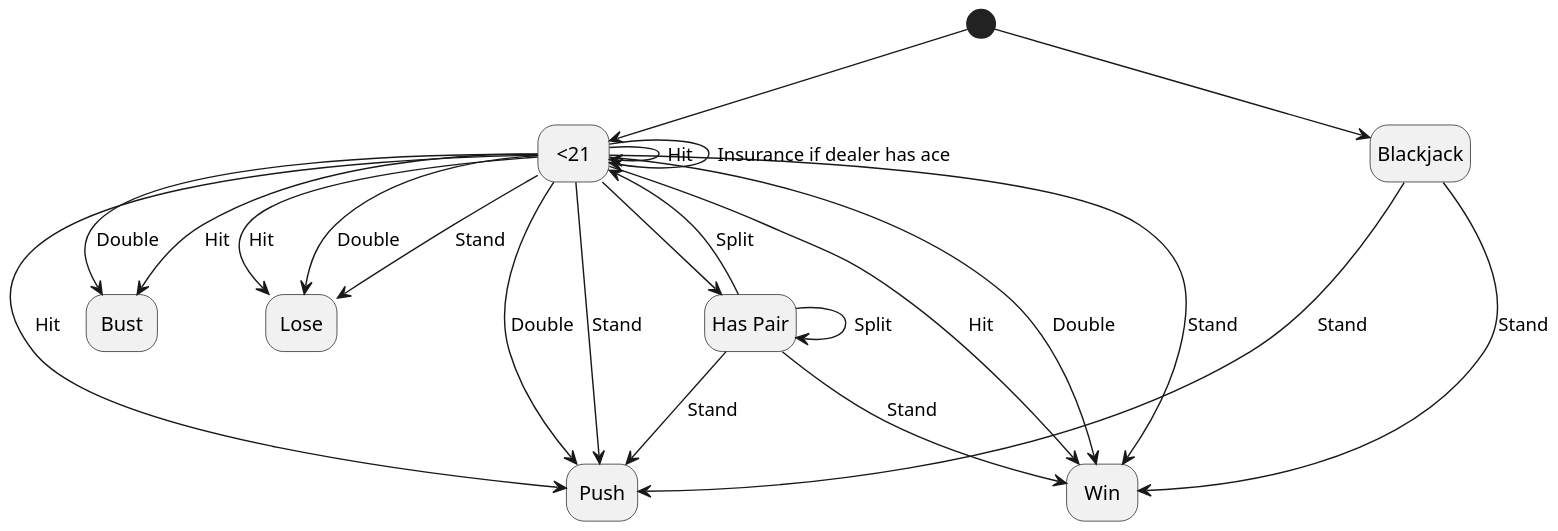
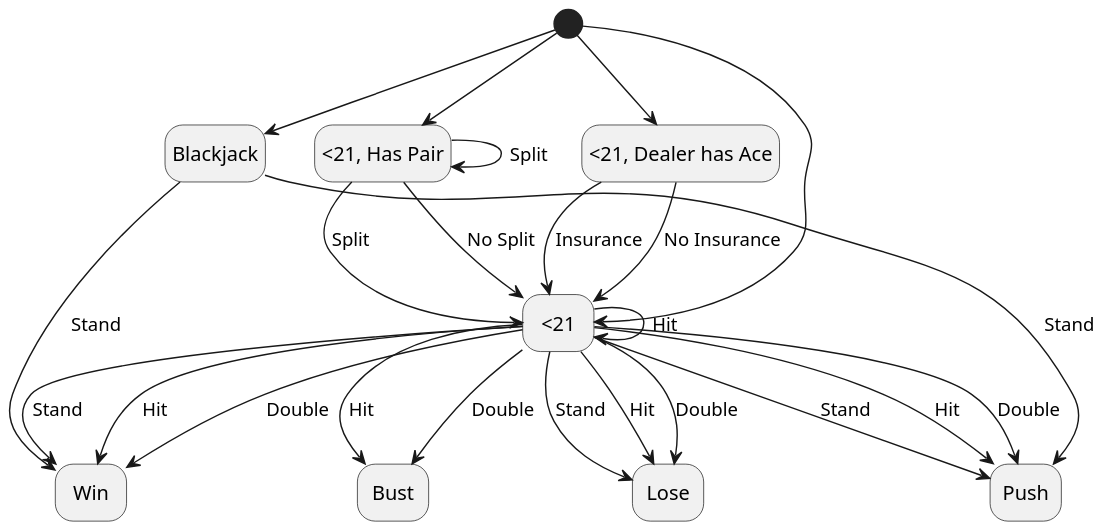
One commit to Horizon-42/black_jack changed the diagram in MDPGraph.wsd. Above: the diagram before and after it, drawn with PlantUML.

Commit message:
Add states for "Has Pair" and "Dealer has Ace" to Blackjack MDP diagram

```diff
--- a/MDPGraph.wsd
+++ b/MDPGraph.wsd
@@ -1,45 +1,47 @@
 @startuml BlackjackMDP
 scale 1.5
 
 hide empty description
 
 state "Blackjack" as S_blackjack
 state "<21" as S_normal
+state "<21, Has Pair" as S_pair
+state "<21, Dealer has Ace" as S_insurance
 state "Bust" as S_bust
 state "Win" as S_win
 state "Lose" as S_lose
 state "Push" as S_push
-state "Has Pair" as S_pair
 
 
 ' 定义动作 (可选，如果只是作为标签可以不定义为 action)
 ' action "Hit" as Action_Hit ' 如果 Action_Hit 只是一个标签，可以不定义为 action
 [*] --> S_normal
 [*] --> S_blackjack
+[*] --> S_pair
+[*] --> S_insurance
 S_normal --> S_win : Stand
 S_normal --> S_lose : Stand
 S_normal --> S_push : Stand
 S_normal --> S_bust : Hit
 S_normal --> S_normal : Hit
 S_normal --> S_win : Hit
 S_normal --> S_lose : Hit
 S_normal --> S_push : Hit
 ' Pair actions
-S_normal --> S_pair
 S_pair --> S_normal : Split
+S_pair --> S_normal : No Split
 S_pair --> S_pair : Split
-S_pair --> S_win : Stand 
-S_pair --> S_push : Stand
 ' Insurance actions
-S_normal --> S_normal : Insurance if dealer has ace
+S_insurance --> S_normal : Insurance
+S_insurance --> S_normal : No Insurance
 ' Double actions
 S_normal --> S_win : Double
 S_normal --> S_lose : Double
 S_normal --> S_push : Double
 S_normal --> S_bust : Double
 
 S_blackjack --> S_win : Stand
 S_blackjack --> S_push : Stand
 
 
 @enduml
```
